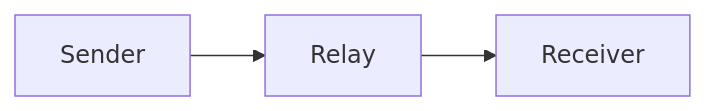
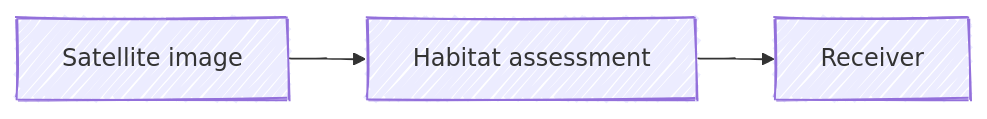
Before and after one commit to MurmurationPress/storytelling: the fifth of 5 diagrams in tools/story-teller/samples/diagram-project/scenes/Signal.md, drawn with Mermaid. The commit also changed other lines of this file and 20 other files, not shown here.

Commit message:
Revise Mermaid reader presentation and allow safe per-diagram styling

````diff
--- a/tools/story-teller/samples/diagram-project/scenes/Signal.md
+++ b/tools/story-teller/samples/diagram-project/scenes/Signal.md
@@ -42,6 +54,13 @@
 ```mermaid
+---
+config:
+  look: handDrawn
+  handDrawnSeed: 42
+  flowchart:
+    curve: linear
+---
 flowchart LR
   accTitle: Signal route
-  accDescr: A signal moves from sender to relay to receiver.
-  A[Sender] --> B[Relay] --> C[Receiver]
+  accDescr: PRIME examines an image of the reserve.
+  A[Satellite image] --> B[Habitat assessment] --> C[Receiver]
 ```
````
